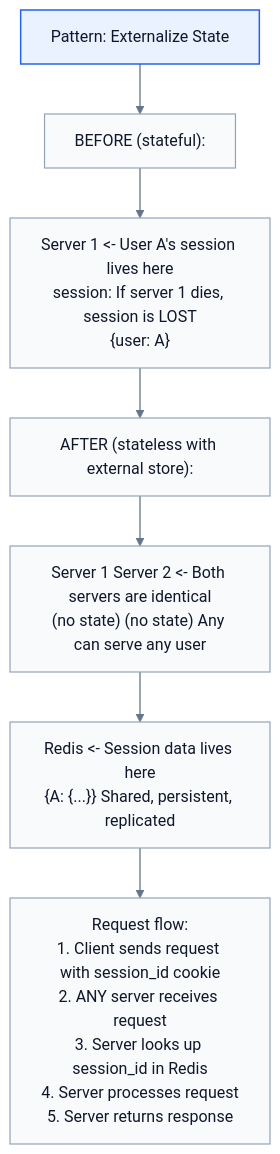
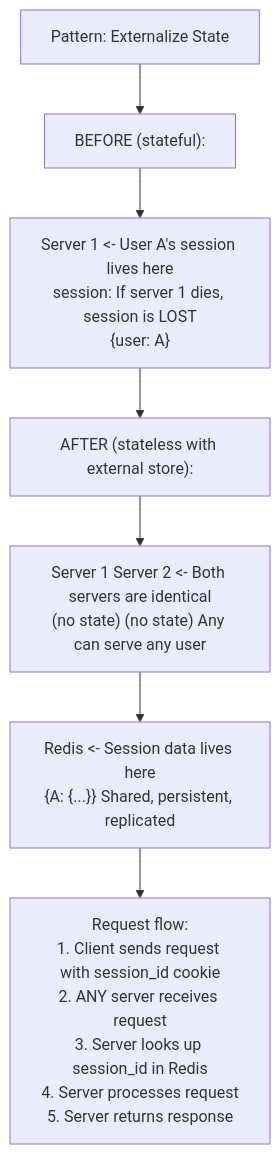
The first of 2 diagrams in 01-fundamentals/11-stateless-vs-stateful.md (shivaram0583/system-design), drawn with Mermaid before and after one commit. The commit also changed other lines of this file and 64 other files, not shown here.

````diff
--- a/01-fundamentals/11-stateless-vs-stateful.md
+++ b/01-fundamentals/11-stateless-vs-stateful.md
@@ -53,26 +53,16 @@
 ```mermaid
 flowchart TB
-    classDef primary fill:#eaf2ff,stroke:#2563eb,stroke-width:1.5px,color:#0f172a;
-    classDef secondary fill:#f8fafc,stroke:#94a3b8,stroke-width:1.2px,color:#0f172a;
-    linkStyle default stroke:#64748b,stroke-width:1.3px;
     N0["Pattern: Externalize State"]
-    class N0 primary
     N1["BEFORE (stateful):"]
-    class N1 secondary
     N2["Server 1 &lt;- User A's session lives here<br/>session: If server 1 dies, session is LOST<br/>{user: A}"]
-    class N2 secondary
     N3["AFTER (stateless with external store):"]
-    class N3 secondary
     N4["Server 1 Server 2 &lt;- Both servers are identical<br/>(no state) (no state) Any can serve any user"]
-    class N4 secondary
     N5["Redis &lt;- Session data lives here<br/>{A: {...}} Shared, persistent, replicated"]
-    class N5 secondary
     N6["Request flow:<br/>1. Client sends request with session_id cookie<br/>2. ANY server receives request<br/>3. Server looks up session_id in Redis<br/>4. Server processes request<br/>5. Server returns response"]
-    class N6 secondary
     N0 --> N1
     N1 --> N2
     N2 --> N3
     N3 --> N4
     N4 --> N5
     N5 --> N6
 ```
````
